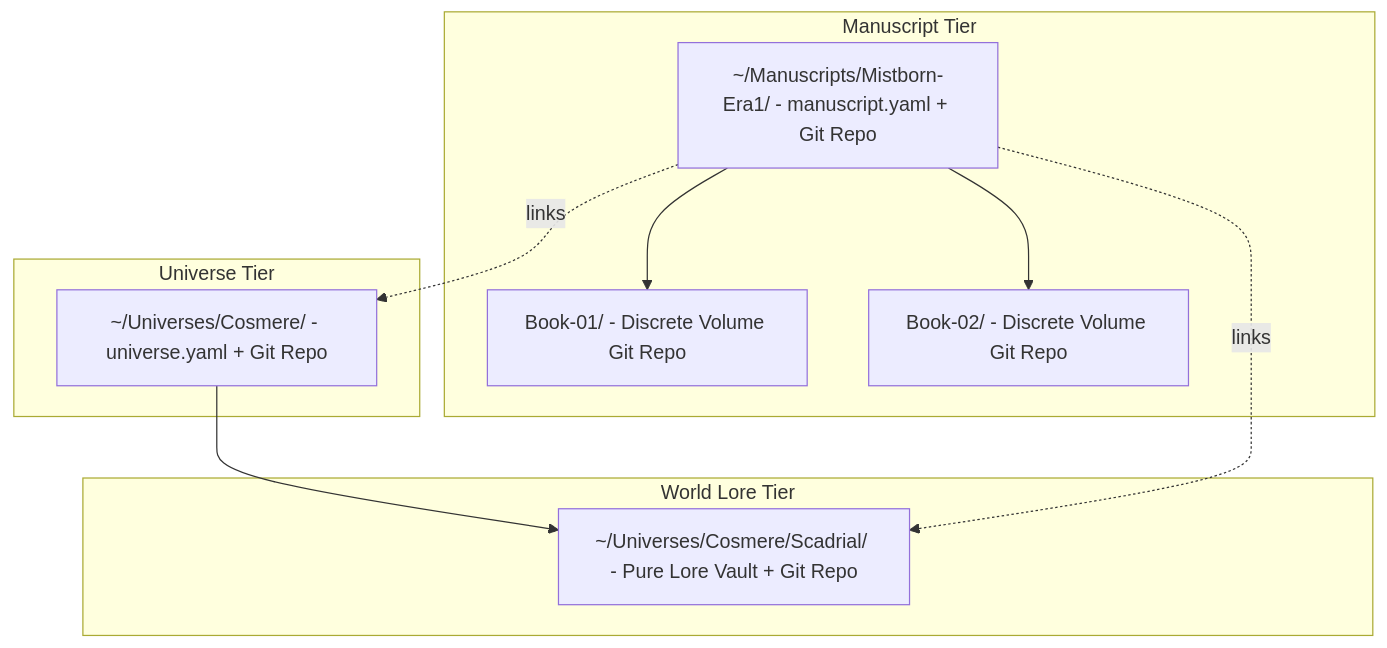
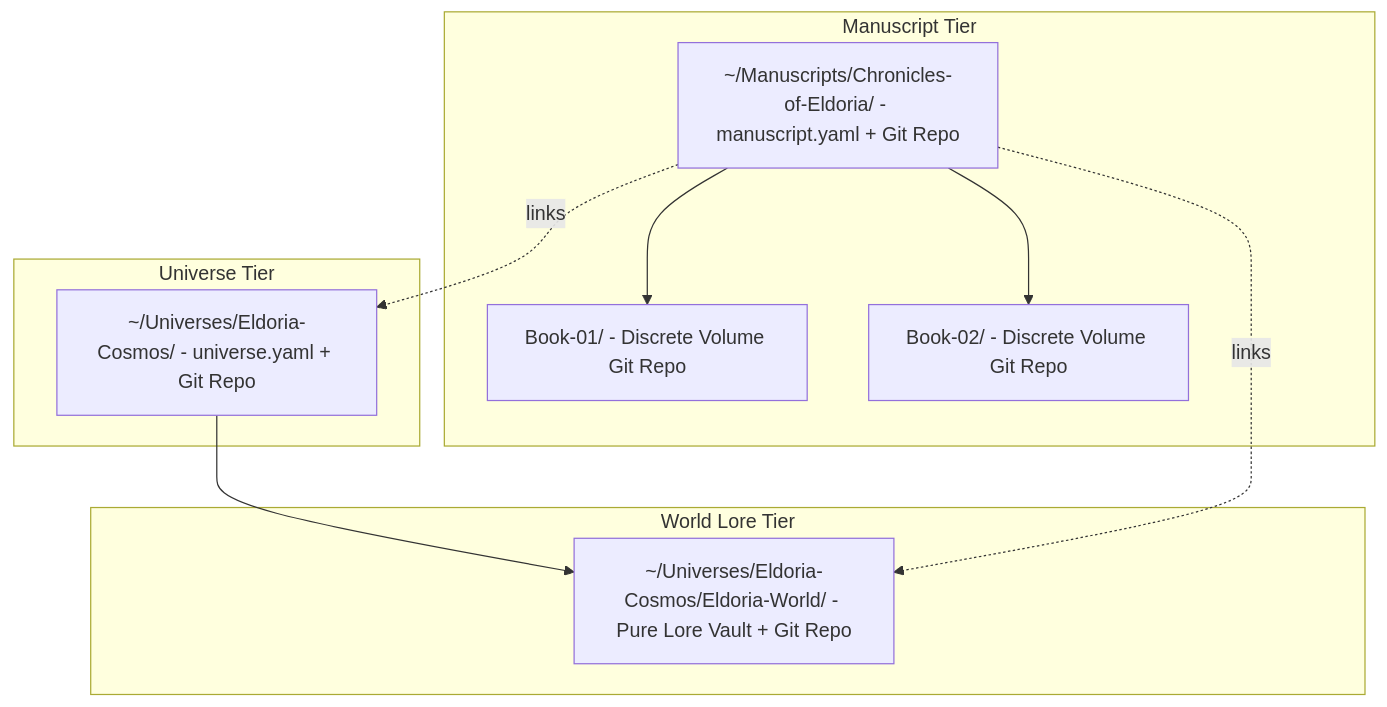
One commit to aryansinghnagar/Scriptorium changed the sixth of 6 diagrams in docs/ARCHITECTURE.md. Above: the diagram before and after it, drawn with Mermaid. The commit also changed 116 other files, not shown here.

````diff
--- a/docs/ARCHITECTURE.md
+++ b/docs/ARCHITECTURE.md
@@ -367,19 +367,19 @@
 ```mermaid
 graph TD
     subgraph Universe Tier
-        U[~/Universes/Cosmere/ - universe.yaml + Git Repo]
+        U[~/Universes/Eldoria-Cosmos/ - universe.yaml + Git Repo]
     end
     subgraph World Lore Tier
-        W[~/Universes/Cosmere/Scadrial/ - Pure Lore Vault + Git Repo]
+        W[~/Universes/Eldoria-Cosmos/Eldoria-World/ - Pure Lore Vault + Git Repo]
     end
     subgraph Manuscript Tier
-        M[~/Manuscripts/Mistborn-Era1/ - manuscript.yaml + Git Repo]
+        M[~/Manuscripts/Chronicles-of-Eldoria/ - manuscript.yaml + Git Repo]
         B1[Book-01/ - Discrete Volume Git Repo]
         B2[Book-02/ - Discrete Volume Git Repo]
     end
     U --> W
     M -. links .-> U
     M -. links .-> W
     M --> B1
     M --> B2
 ```
````
